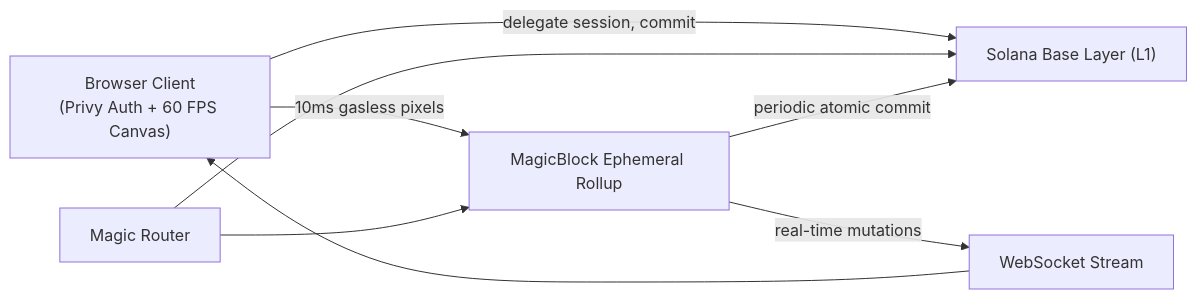
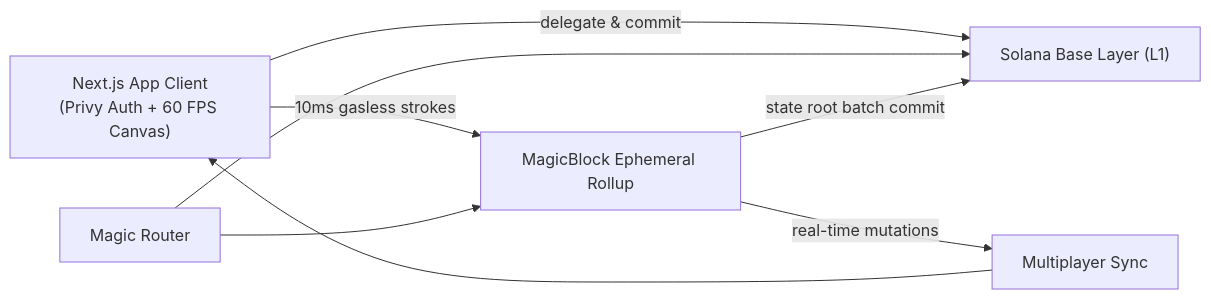
The diagram in README.md (toufiqfarhan0/pixora), drawn with Mermaid before and after one commit. The commit also changed other lines of this file and 4 other files, not shown here.

````diff
--- a/README.md
+++ b/README.md
@@ -49,10 +54,10 @@
 ```mermaid
 flowchart LR
-    CLIENT["Browser Client\n(Privy Auth + 60 FPS Canvas)"] -->|"delegate session, commit"| SOL["Solana Base Layer (L1)"]
-    CLIENT -->|"10ms gasless pixels"| ER["MagicBlock Ephemeral Rollup"]
+    CLIENT["Next.js App Client\n(Privy Auth + 60 FPS Canvas)"] -->|"delegate & commit"| SOL["Solana Base Layer (L1)"]
+    CLIENT -->|"10ms gasless strokes"| ER["MagicBlock Ephemeral Rollup"]
     ROUTER["Magic Router"] --> SOL
     ROUTER --> ER
-    ER -->|"periodic atomic commit"| SOL
-    ER -->|"real-time mutations"| WS["WebSocket Stream"]
-    WS --> CLIENT
+    ER -->|"state root batch commit"| SOL
+    ER -->|"real-time mutations"| PEERS["Multiplayer Sync"]
+    PEERS --> CLIENT
 ```
````
